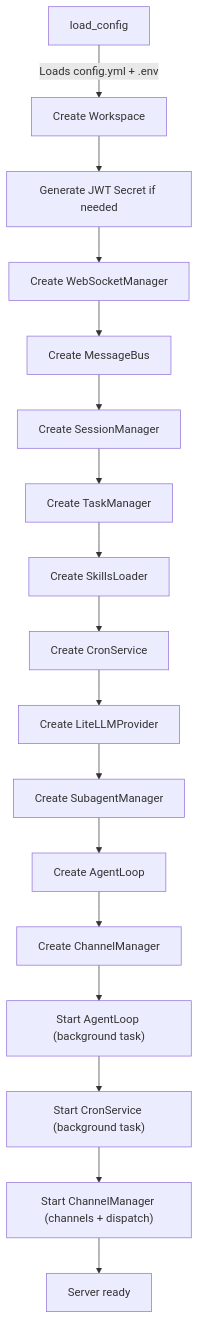
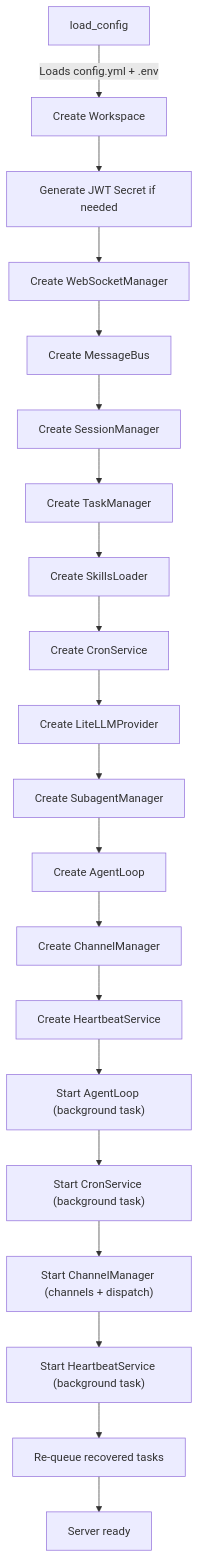
Before and after one commit to openbotx/openbotx: the second of 19 diagrams in docs/flow.md, drawn with Mermaid. The commit also changed other lines of this file and 21 other files, not shown here.

````diff
--- a/docs/flow.md
+++ b/docs/flow.md
@@ -69,19 +71,22 @@
 ```mermaid
 graph TD
     A[load_config] -->|Loads config.yml + .env| B[Create Workspace]
     B --> C[Generate JWT Secret if needed]
     C --> D[Create WebSocketManager]
     D --> E[Create MessageBus]
     E --> F[Create SessionManager]
     F --> G[Create TaskManager]
     G --> H[Create SkillsLoader]
     H --> I[Create CronService]
     I --> J[Create LiteLLMProvider]
     J --> K[Create SubagentManager]
     K --> L[Create AgentLoop]
     L --> M[Create ChannelManager]
-    M --> N["Start AgentLoop (background task)"]
-    N --> O["Start CronService (background task)"]
-    O --> P["Start ChannelManager (channels + dispatch)"]
-    P --> Q[Server ready]
+    M --> N[Create HeartbeatService]
+    N --> O["Start AgentLoop (background task)"]
+    O --> P["Start CronService (background task)"]
+    P --> Q["Start ChannelManager (channels + dispatch)"]
+    Q --> R["Start HeartbeatService (background task)"]
+    R --> S[Re-queue recovered tasks]
+    S --> T[Server ready]
 ```
````
